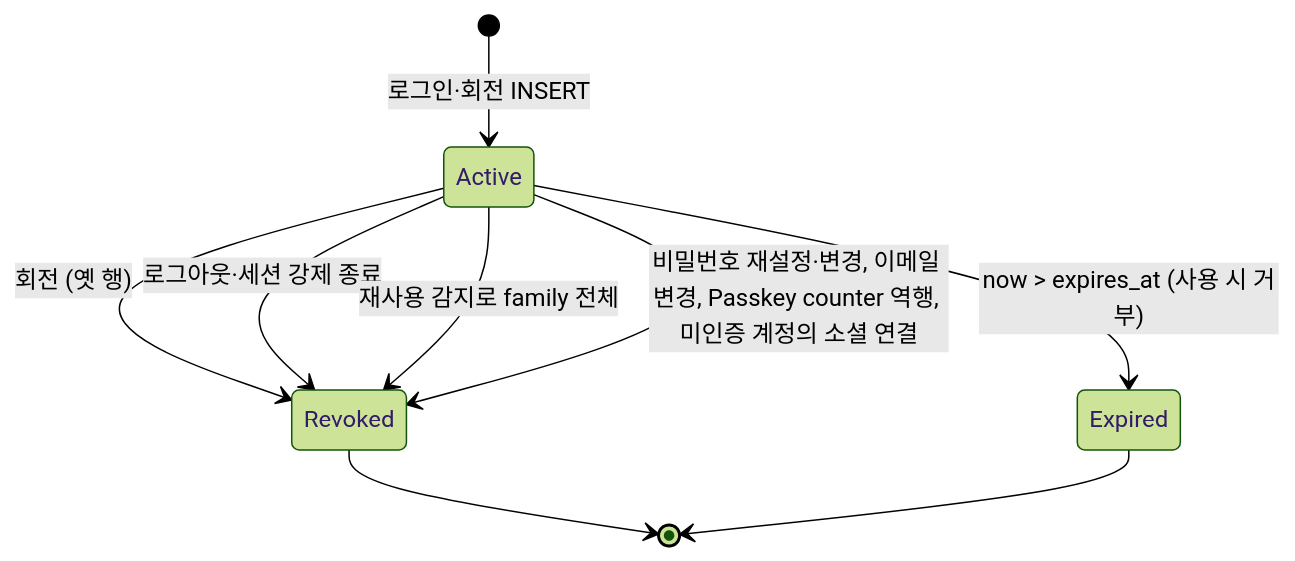
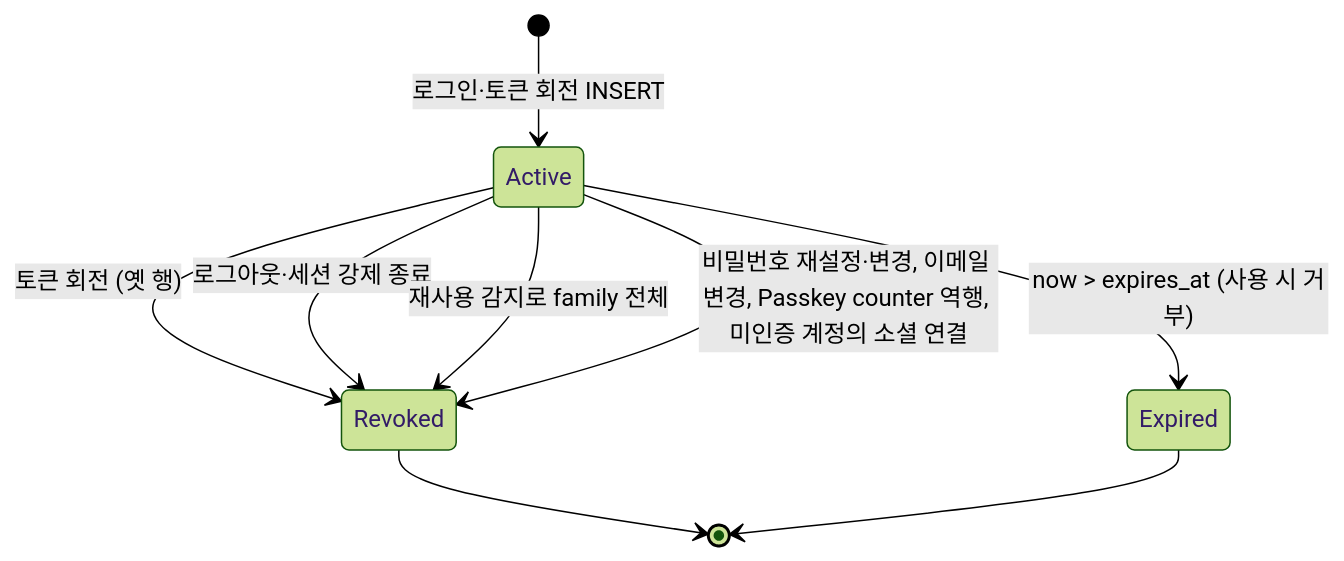
One commit to worker-ants/clemvion changed the sixth of 6 diagrams in spec/CLE-ACCT/CLE-ACCT-DATA-AUTH.md. Above: the diagram before and after it, drawn with Mermaid (forest theme). The commit also changed other lines of this file and 15 other files, not shown here.

````diff
--- a/spec/CLE-ACCT/CLE-ACCT-DATA-AUTH.md
+++ b/spec/CLE-ACCT/CLE-ACCT-DATA-AUTH.md
@@ -226,11 +229,11 @@
 ```mermaid
 stateDiagram-v2
-  [*] --> Active: 로그인·회전 INSERT
-  Active --> Revoked: 회전 (옛 행)
+  [*] --> Active: 로그인·토큰 회전 INSERT
+  Active --> Revoked: 토큰 회전 (옛 행)
   Active --> Revoked: 로그아웃·세션 강제 종료
   Active --> Revoked: 재사용 감지로 family 전체
   Active --> Revoked: 비밀번호 재설정·변경, 이메일 변경, Passkey counter 역행, 미인증 계정의 소셜 연결
   Active --> Expired: now > expires_at (사용 시 거부)
   Revoked --> [*]
   Expired --> [*]
 ```
````
